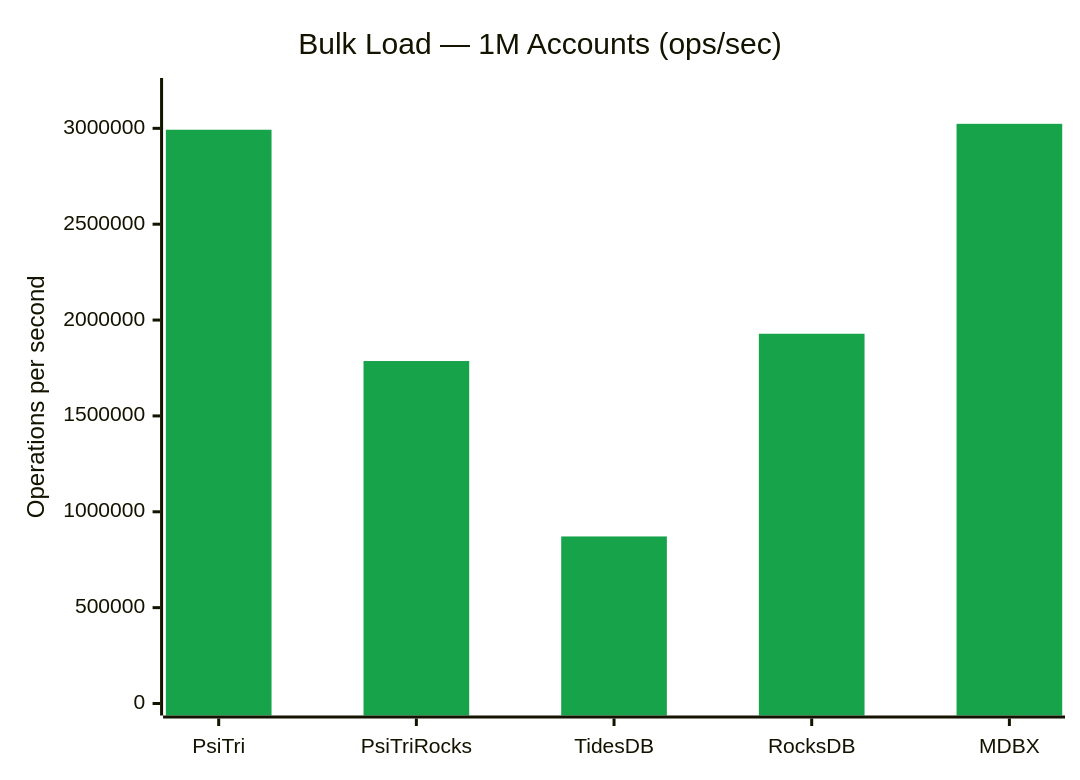
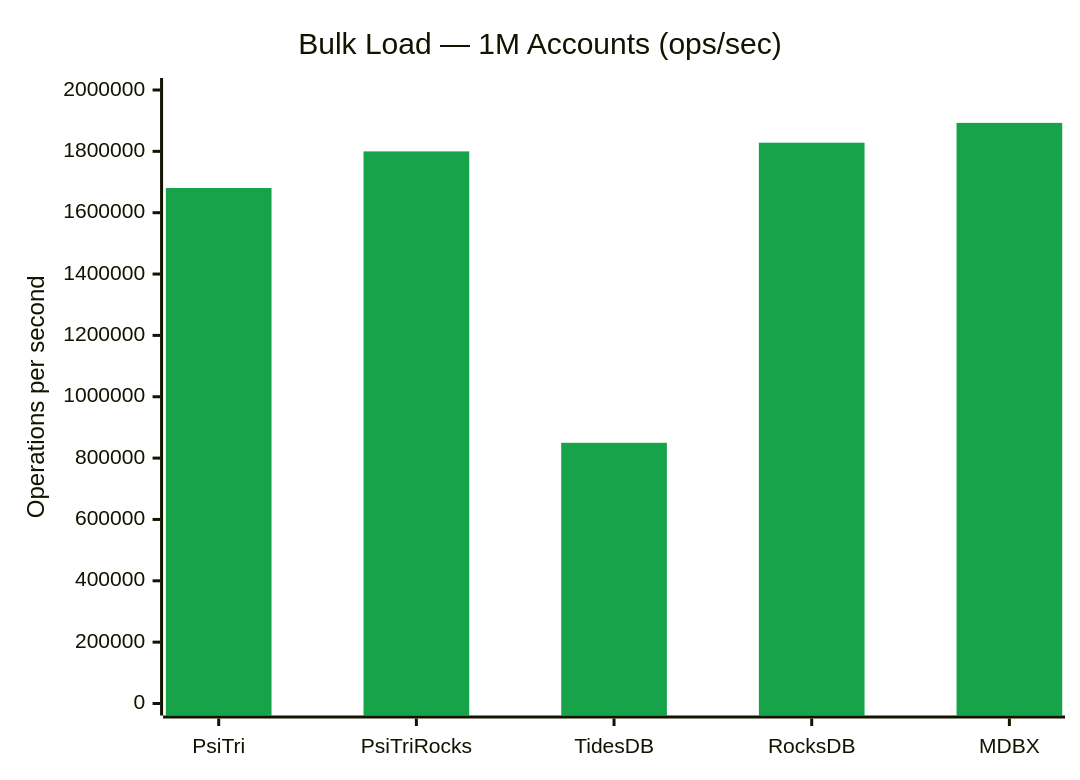
Before and after one commit to gofractally/arbtrie: the second of 5 diagrams in programs/BANK_BENCHMARK.md, drawn with Mermaid. The commit also changed other lines of this file and 2 other files, not shown here.

````diff
--- a/programs/BANK_BENCHMARK.md
+++ b/programs/BANK_BENCHMARK.md
@@ -78,8 +90,8 @@
 ```mermaid
 %%{init: {'theme': 'base', 'themeVariables': {'xyChart': {'plotColorPalette': '#16A34A'}}}}%%
 xychart-beta
     title "Bulk Load — 1M Accounts (ops/sec)"
     x-axis ["PsiTri", "PsiTriRocks", "TidesDB", "RocksDB", "MDBX"]
-    y-axis "Operations per second" 0 --> 3200000
-    bar [2992740, 1786308, 871341, 1928537, 3023581]
+    y-axis "Operations per second" 0 --> 2000000
+    bar [1680597, 1799838, 849857, 1828189, 1892768]
 ```
````
